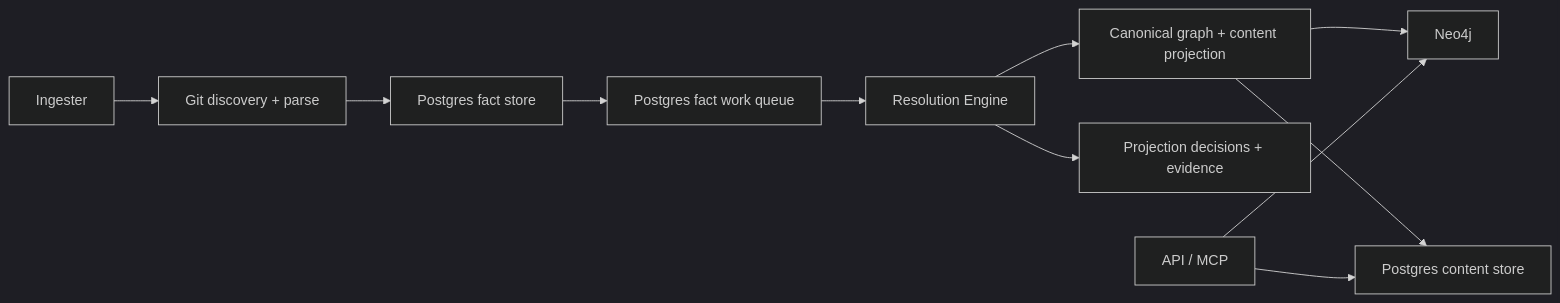
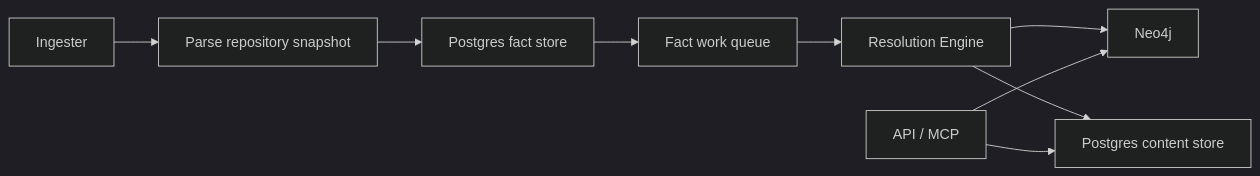
Before and after one commit to platformcontext/platform-context-graph: the first of 2 diagrams in docs/docs/deployment/service-runtimes.md, drawn with Mermaid (dark theme). The commit also changed other lines of this file and 12 other files, not shown here.

````diff
--- a/docs/docs/deployment/service-runtimes.md
+++ b/docs/docs/deployment/service-runtimes.md
@@ -40,13 +23,11 @@
 ```mermaid
 flowchart LR
-  A["Ingester"] --> B["Git discovery + parse"]
+  A["Ingester"] --> B["Parse repository snapshot"]
   B --> C["Postgres fact store"]
-  C --> D["Postgres fact work queue"]
+  C --> D["Fact work queue"]
   D --> E["Resolution Engine"]
-  E --> F["Canonical graph + content projection"]
-  E --> J["Projection decisions + evidence"]
-  F --> G["Neo4j"]
-  F --> H["Postgres content store"]
-  I["API / MCP"] --> G
-  I --> H
+  E --> F["Neo4j"]
+  E --> G["Postgres content store"]
+  H["API / MCP"] --> F
+  H --> G
 ```
````
